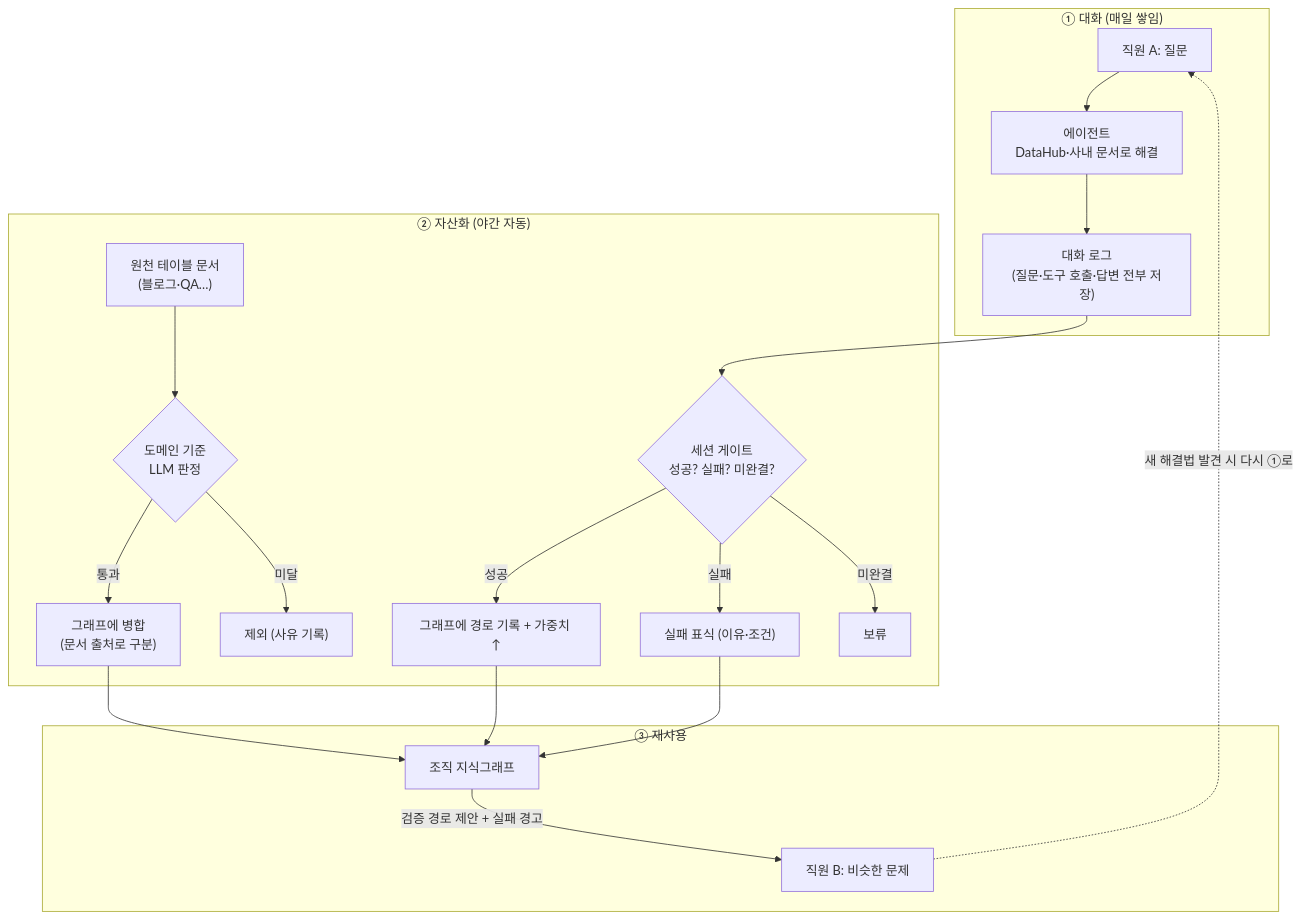
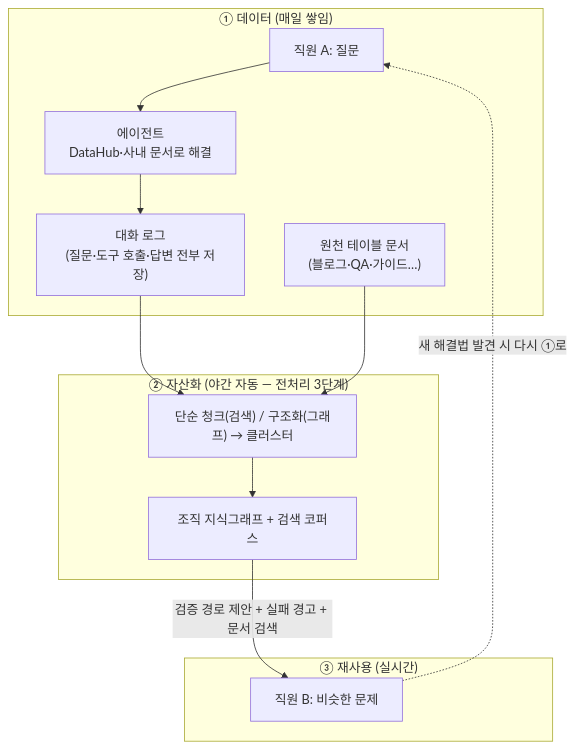
One commit to catinbox276/graph-search-chat changed the first of 6 diagrams in docs/plan.md. Above: the diagram before and after it, drawn with Mermaid. The commit also changed other lines of this file and 16 other files, not shown here.

````diff
--- a/docs/plan.md
+++ b/docs/plan.md
@@ -35,21 +18,16 @@
 ```mermaid
 flowchart TB
-    subgraph now["① 대화 (매일 쌓임)"]
+    subgraph now["① 데이터 (매일 쌓임)"]
         U1["직원 A: 질문"] --> AG["에이전트<br/>DataHub·사내 문서로 해결"]
         AG --> LOG["대화 로그<br/>(질문·도구 호출·답변 전부 저장)"]
+        DOC["원천 테이블 문서<br/>(블로그·QA·가이드…)"]
     end
-    subgraph night["② 자산화 (야간 자동)"]
-        LOG --> GATE{"세션 게이트<br/>성공? 실패? 미완결?"}
-        DOC["원천 테이블 문서<br/>(블로그·QA…)"] --> JUDGE{"도메인 기준<br/>LLM 판정"}
-        GATE -->|성공| W["그래프에 경로 기록 + 가중치 ↑"]
-        GATE -->|실패| F["실패 표식 (이유·조건)"]
-        GATE -->|미완결| X["보류"]
-        JUDGE -->|통과| W2["그래프에 병합<br/>(문서 출처로 구분)"]
-        JUDGE -->|미달| X2["제외 (사유 기록)"]
+    subgraph night["② 자산화 (야간 자동 — 전처리 3단계)"]
+        LOG & DOC --> P["단순 청크(검색) / 구조화(그래프) → 클러스터"]
+        P --> KG["조직 지식그래프 + 검색 코퍼스"]
     end
-    subgraph reuse["③ 재사용"]
-        W & F & W2 --> KG["조직 지식그래프"]
-        KG -->|"검증 경로 제안 + 실패 경고"| U2["직원 B: 비슷한 문제"]
+    subgraph reuse["③ 재사용 (실시간)"]
+        KG -->|"검증 경로 제안 + 실패 경고 + 문서 검색"| U2["직원 B: 비슷한 문제"]
     end
     U2 -.->|"새 해결법 발견 시 다시 ①로"| U1
 ```
````
